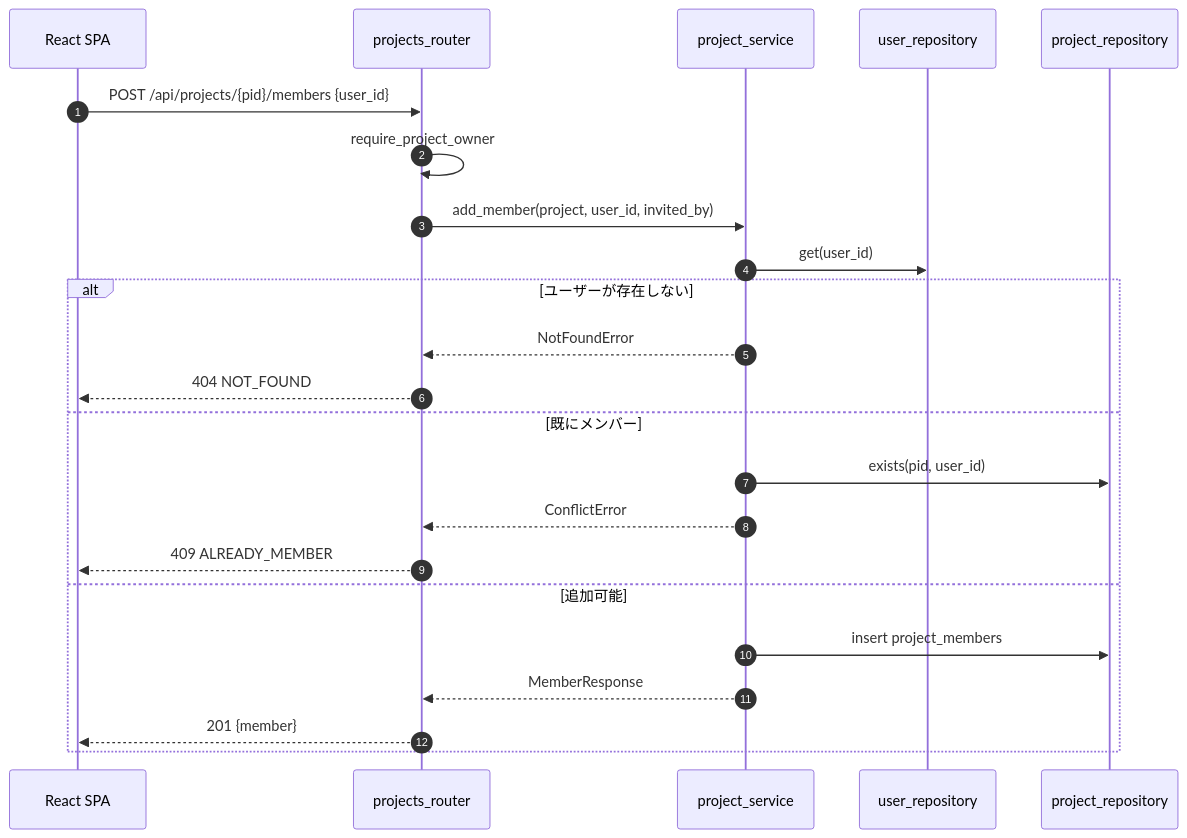
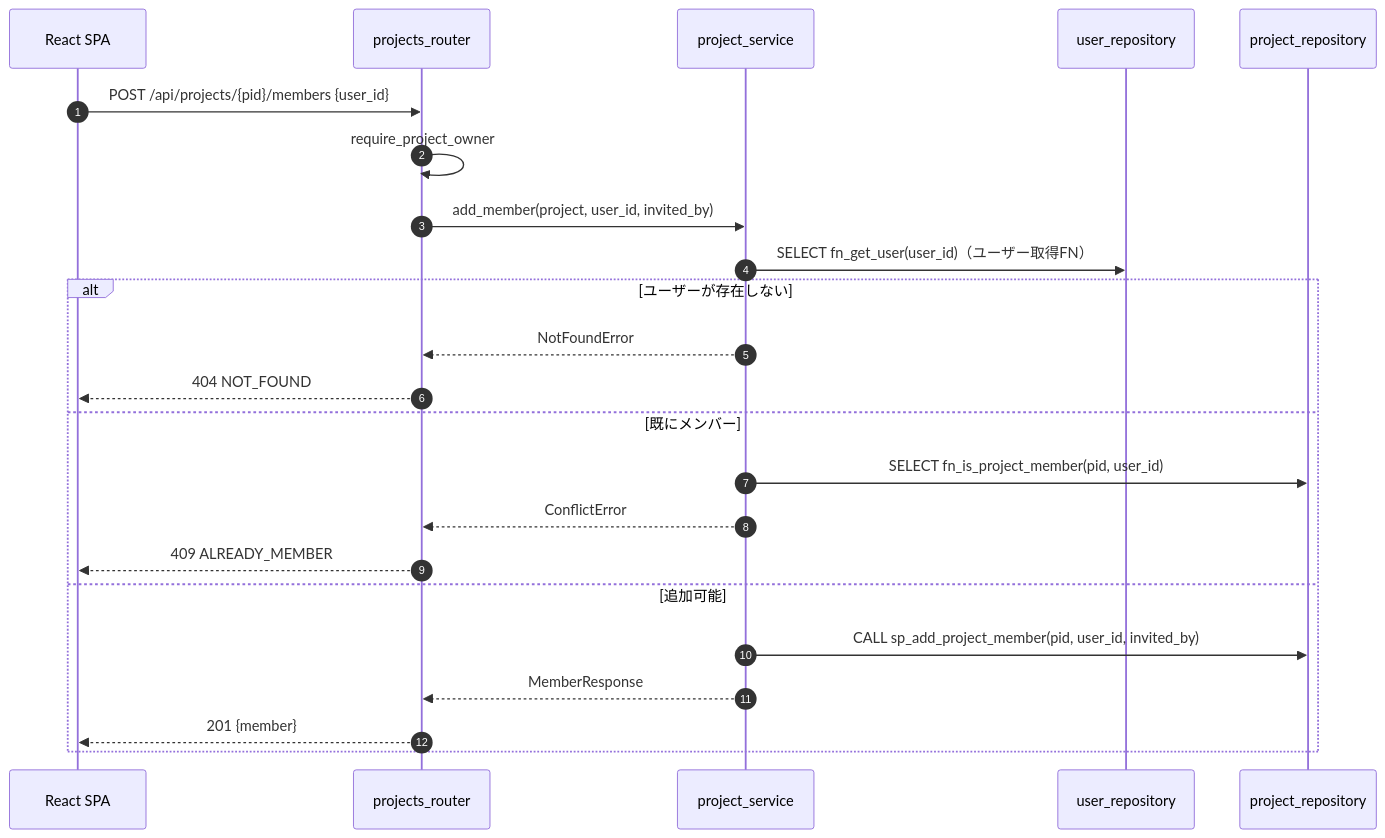
The third of 4 diagrams in basic_design/04_api.md (oikawa-d/task_management), drawn with Mermaid before and after one commit. The commit also changed other lines of this file and 58 other files, not shown here.

````diff
--- a/basic_design/04_api.md
+++ b/basic_design/04_api.md
@@ -520,26 +522,26 @@
 ```mermaid
 sequenceDiagram
     autonumber
     participant FE as React SPA
     participant R as projects_router
     participant S as project_service
     participant UR as user_repository
     participant PR as project_repository
 
     FE->>R: POST /api/projects/{pid}/members {user_id}
     R->>R: require_project_owner
     R->>S: add_member(project, user_id, invited_by)
-    S->>UR: get(user_id)
+    S->>UR: SELECT fn_get_user(user_id)（ユーザー取得FN）
     alt ユーザーが存在しない
         S-->>R: NotFoundError
         R-->>FE: 404 NOT_FOUND
     else 既にメンバー
-        S->>PR: exists(pid, user_id)
+        S->>PR: SELECT fn_is_project_member(pid, user_id)
         S-->>R: ConflictError
         R-->>FE: 409 ALREADY_MEMBER
     else 追加可能
-        S->>PR: insert project_members
+        S->>PR: CALL sp_add_project_member(pid, user_id, invited_by)
         S-->>R: MemberResponse
         R-->>FE: 201 {member}
     end
 ```
````
